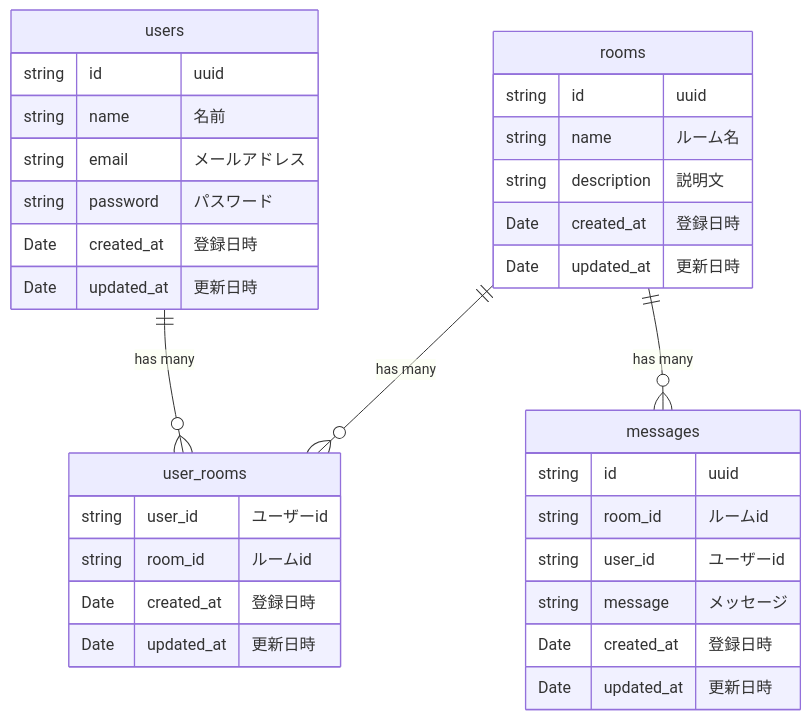
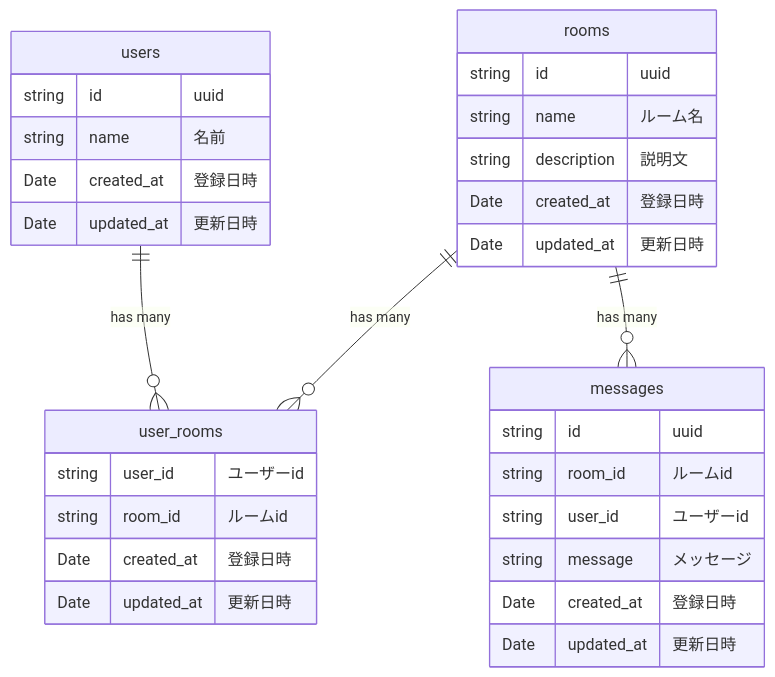
Before and after one commit to onodera1215/nextjs15-chat: the diagram in README.md, drawn with Mermaid.

Commit message:
クレデンシャル情報はまだいらないので削除

````diff
--- a/README.md
+++ b/README.md
@@ -9,40 +9,38 @@
 ```mermaid
 erDiagram
     users ||--o{ user_rooms : "has many"
     users {
         string id "uuid"
         string name "名前"
-        string email "メールアドレス"
-        string password "パスワード"
         Date created_at "登録日時"
         Date updated_at "更新日時"
     }
 
     user_rooms
     user_rooms {
         string user_id "ユーザーid"
         string room_id "ルームid"
         Date created_at "登録日時"
         Date updated_at "更新日時"
     }
 
     rooms ||--o{ user_rooms : "has many"
     rooms ||--o{ messages : "has many"
     rooms {
         string id "uuid"
         string name "ルーム名"
         string description "説明文"
         Date created_at "登録日時"
         Date updated_at "更新日時"
     }
 
     messages {
         string id "uuid"
         string room_id "ルームid"
         string user_id "ユーザーid"
         string message "メッセージ"
         Date created_at "登録日時"
         Date updated_at "更新日時"
     }
 
 ```
````
